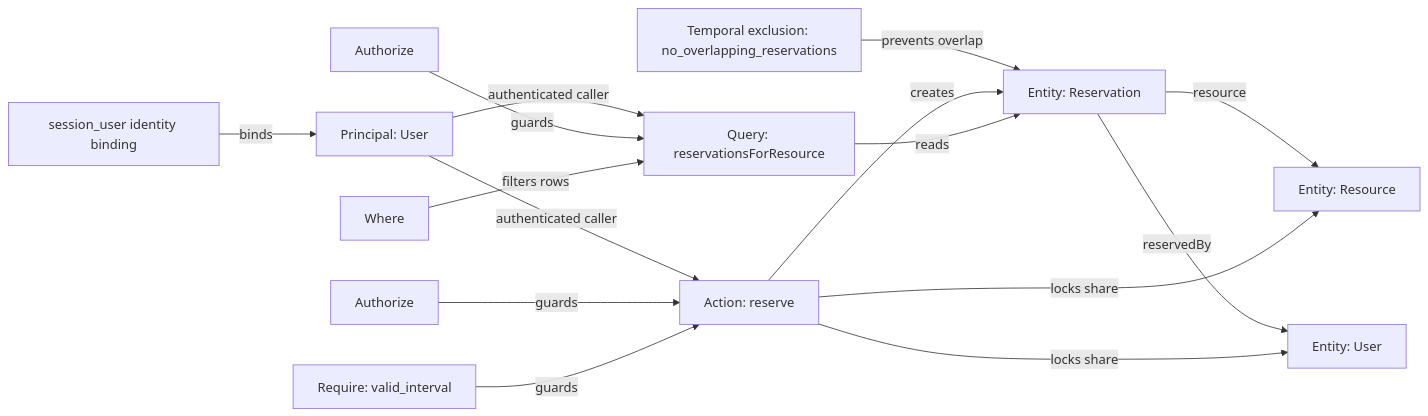
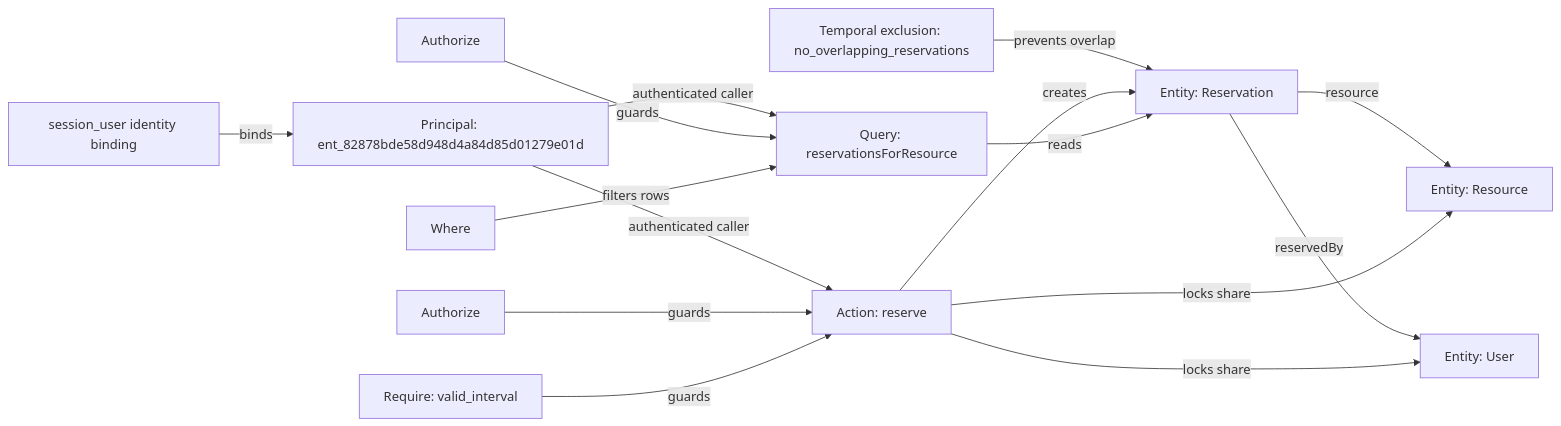
One commit to atlanticplatformgroup/ModelLang changed the diagram in generated/reservations/model.mmd. Above: the diagram before and after it, drawn with Mermaid. The commit also changed 34 other files, not shown here.

```diff
--- a/generated/reservations/model.mmd
+++ b/generated/reservations/model.mmd
@@ -1,22 +1,22 @@
 flowchart LR
   identity["session_user identity binding"]
-  principal["Principal: User"]
+  principal["Principal: ent_82878bde58d948d4a84d85d01279e01d"]
   identity -->|binds| principal
-  entity_User["Entity: User"]
-  entity_Resource["Entity: Resource"]
-  entity_Reservation["Entity: Reservation"]
-  entity_Reservation -->|resource| entity_Resource
-  entity_Reservation -->|reservedBy| entity_User
-  exclusion_Reservation_no_overlapping_reservations["Temporal exclusion: no_overlapping_reservations"] -->|prevents overlap| entity_Reservation
+  entity_ent_82878bde58d948d4a84d85d01279e01d["Entity: User"]
+  entity_ent_7cb2307972954d83a6f344764faaae39["Entity: Resource"]
+  entity_ent_ba2d028e915841d1ab90adfa40d38404["Entity: Reservation"]
+  entity_ent_ba2d028e915841d1ab90adfa40d38404 -->|resource| entity_ent_7cb2307972954d83a6f344764faaae39
+  entity_ent_ba2d028e915841d1ab90adfa40d38404 -->|reservedBy| entity_ent_82878bde58d948d4a84d85d01279e01d
+  exclusion_Reservation_no_overlapping_reservations["Temporal exclusion: no_overlapping_reservations"] -->|prevents overlap| entity_ent_ba2d028e915841d1ab90adfa40d38404
   action_reserve["Action: reserve"]
   principal -->|authenticated caller| action_reserve
-  action_reserve -->|creates| entity_Reservation
+  action_reserve -->|creates| entity_ent_ba2d028e915841d1ab90adfa40d38404
   authorize_reserve["Authorize"] -->|guards| action_reserve
   require_reserve_valid_interval["Require: valid_interval"] -->|guards| action_reserve
-  action_reserve -->|locks share| entity_Resource
-  action_reserve -->|locks share| entity_User
+  action_reserve -->|locks share| entity_ent_7cb2307972954d83a6f344764faaae39
+  action_reserve -->|locks share| entity_ent_82878bde58d948d4a84d85d01279e01d
   query_reservationsForResource["Query: reservationsForResource"]
   principal -->|authenticated caller| query_reservationsForResource
-  query_reservationsForResource -->|reads| entity_Reservation
+  query_reservationsForResource -->|reads| entity_ent_ba2d028e915841d1ab90adfa40d38404
   authorize_reservationsForResource["Authorize"] -->|guards| query_reservationsForResource
   where_reservationsForResource["Where"] -->|filters rows| query_reservationsForResource
```
